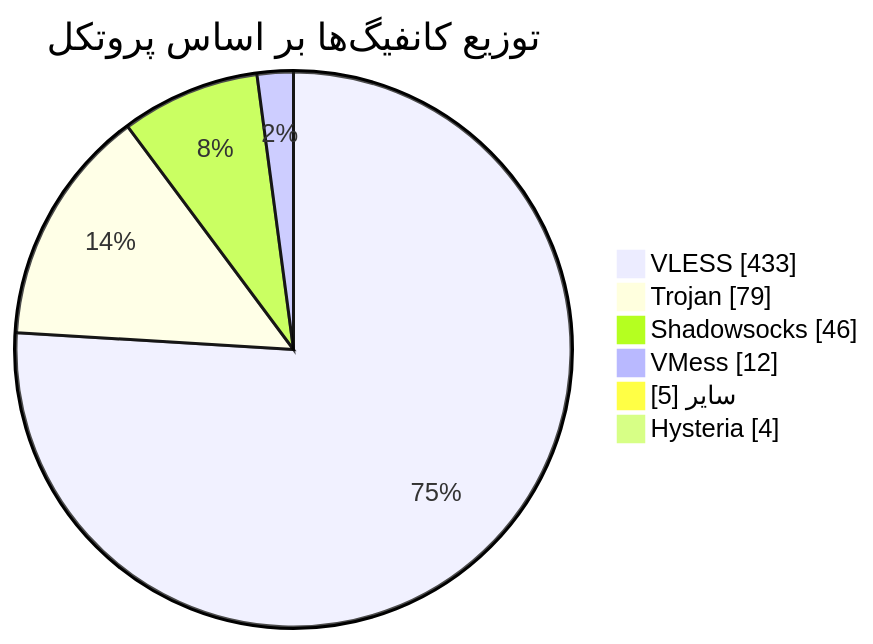
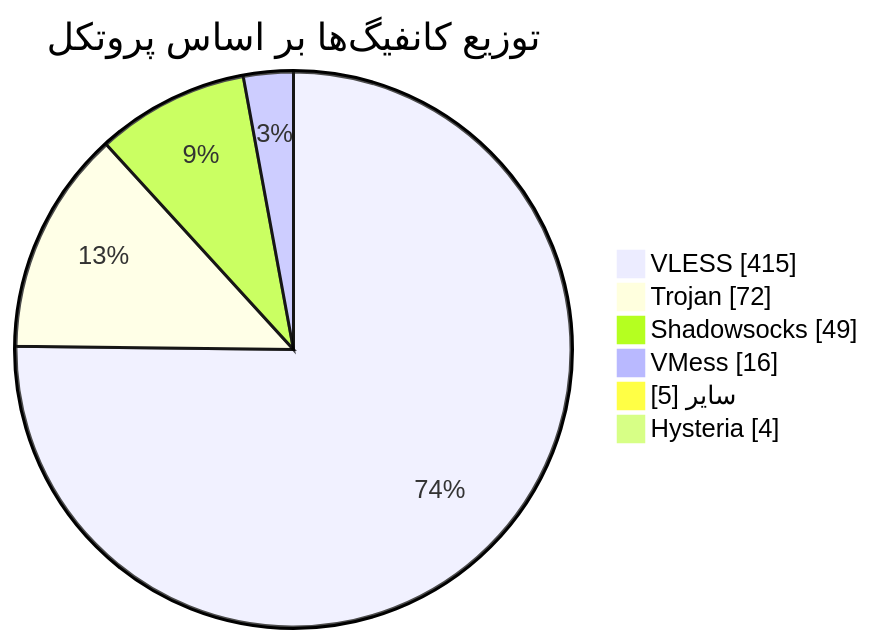
The diagram in README.md (Arian-Alijani/Somthing), drawn with Mermaid before and after one commit. The commit also changed other lines of this file and 19 other files, not shown here.

````diff
--- a/README.md
+++ b/README.md
@@ -48,10 +48,10 @@
 ```mermaid
 pie showData
     title توزیع کانفیگ‌ها بر اساس پروتکل
-    "VLESS" : 433
-    "Trojan" : 79
-    "Shadowsocks" : 46
-    "VMess" : 12
+    "VLESS" : 415
+    "Trojan" : 72
+    "Shadowsocks" : 49
+    "VMess" : 16
     "سایر" : 5
     "Hysteria" : 4
 ```
````
